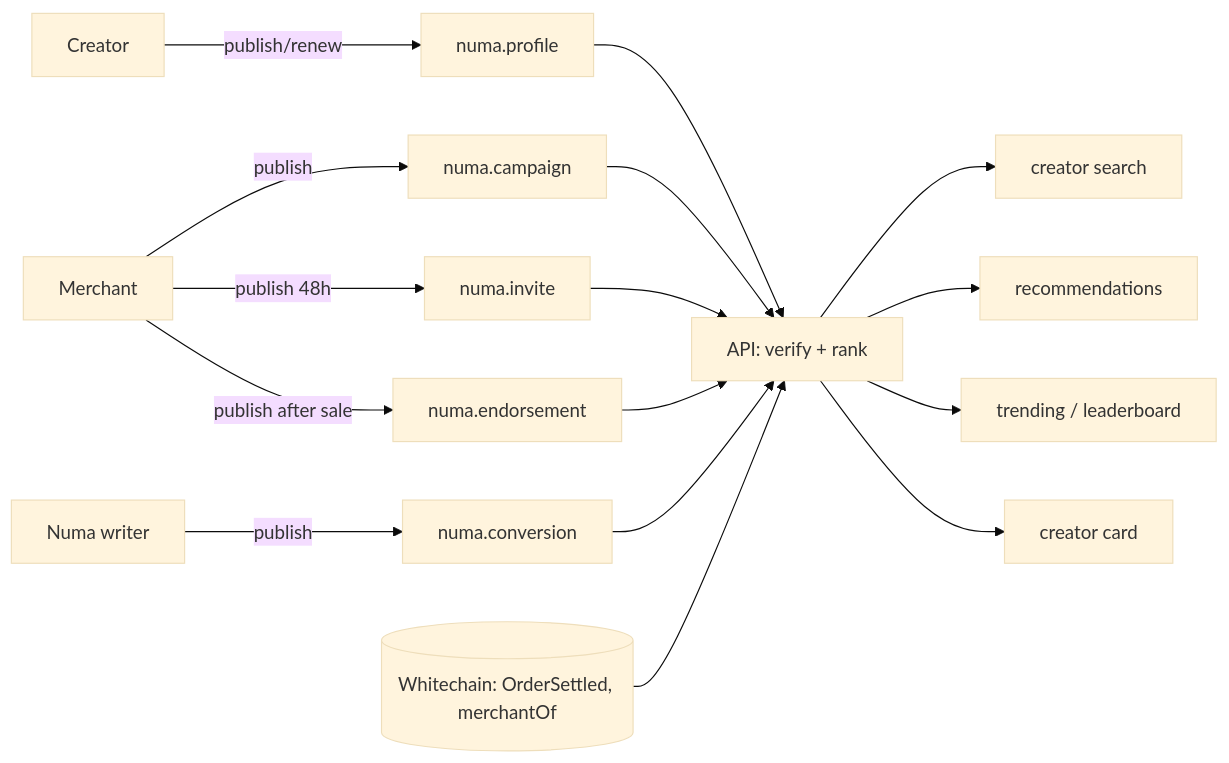
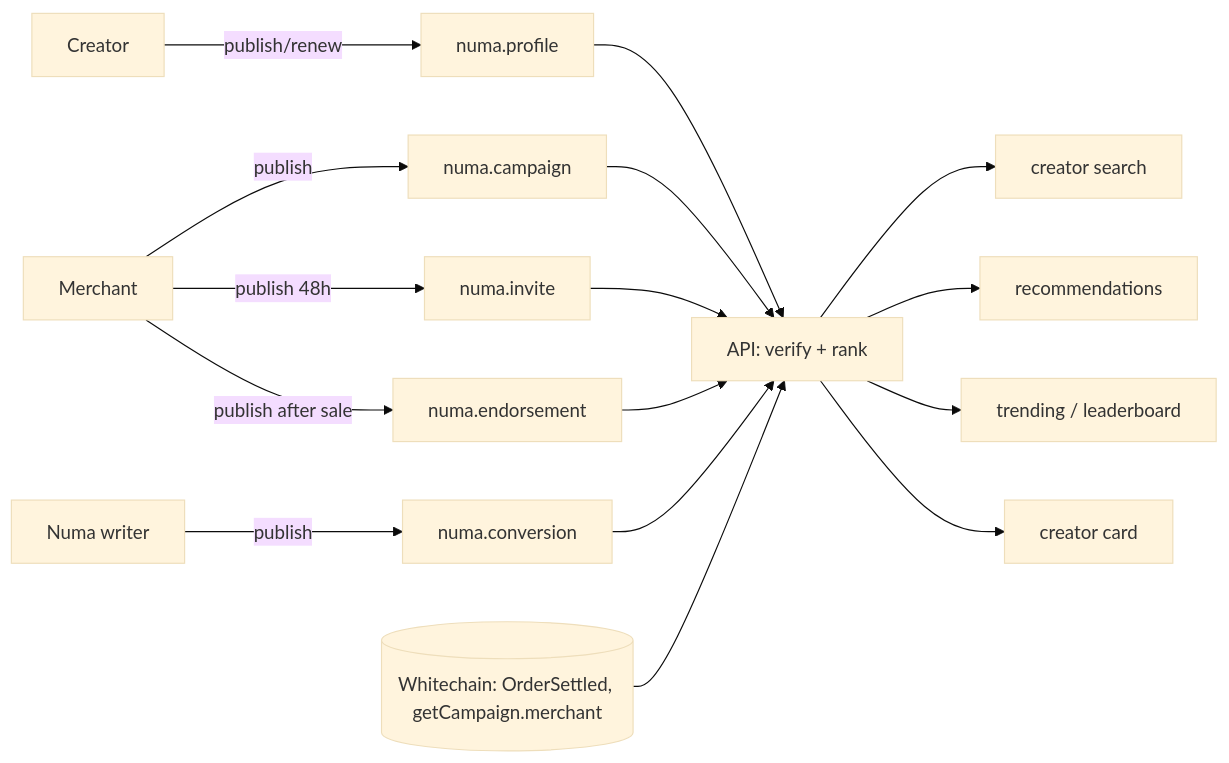
One commit to HarshitAnand1/numa changed diagram 11 of 12 in docs/ARCHITECTURE.md. Above: the diagram before and after it, drawn with Mermaid (base theme). The commit also changed other lines of this file and 18 other files, not shown here.

````diff
--- a/docs/ARCHITECTURE.md
+++ b/docs/ARCHITECTURE.md
@@ -133,14 +133,14 @@
 ```mermaid
 flowchart LR
   Cr[Creator] -->|publish/renew| P[numa.profile]
   Me[Merchant] -->|publish| C[numa.campaign]
   Me -->|publish 48h| I[numa.invite]
   Me -->|publish after sale| E[numa.endorsement]
   W[Numa writer] -->|publish| V[numa.conversion]
   P & C & I & E & V --> API[API: verify + rank]
-  CH[(Whitechain: OrderSettled, merchantOf)] --> API
+  CH[(Whitechain: OrderSettled, getCampaign.merchant)] --> API
   API --> S1[creator search]
   API --> S2[recommendations]
   API --> S3[trending / leaderboard]
   API --> S4[creator card]
 ```
````
